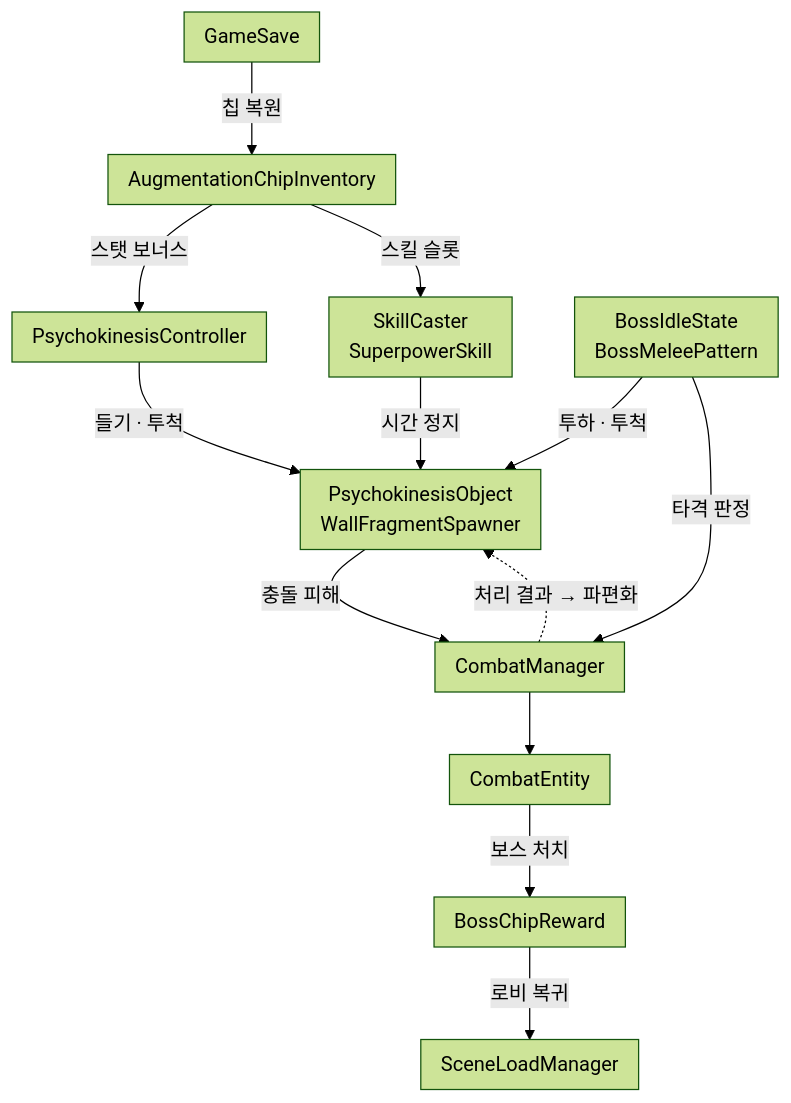
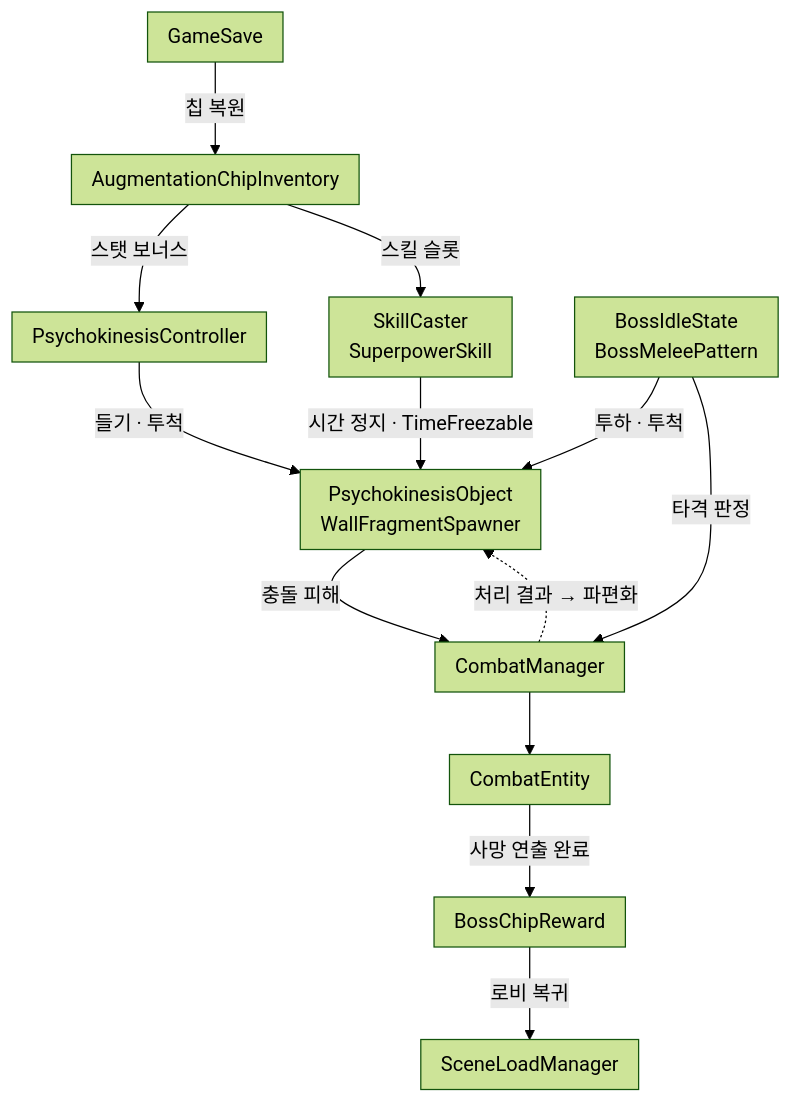
The second of 15 diagrams in src/1-ODDITY/TechDoc_ODDITY.md (keeeery/portfolio), drawn with Mermaid (forest theme) before and after one commit. The commit also changed other lines of this file and 12 other files, not shown here.

````diff
--- a/src/1-ODDITY/TechDoc_ODDITY.md
+++ b/src/1-ODDITY/TechDoc_ODDITY.md
@@ -133,19 +133,19 @@
 ```mermaid
 %%{init: {"flowchart": {"padding": 8}}}%%
 flowchart TB
     Save["GameSave"] -->|칩 복원| Chip["AugmentationChipInventory"]
     Chip -->|스탯 보너스| PC["PsychokinesisController"]
     Chip -->|스킬 슬롯| Skill["SkillCaster<br>SuperpowerSkill"]
     PC -->|들기 · 투척| Obj["PsychokinesisObject<br>WallFragmentSpawner"]
-    Skill -->|시간 정지| Obj
+    Skill -->|시간 정지 · TimeFreezable| Obj
     Boss["BossIdleState<br>BossMeleePattern"] -->|투하 · 투척| Obj
     Obj -->|충돌 피해| Combat["CombatManager"]
     Combat -.->|처리 결과 → 파편화| Obj
     Boss -->|타격 판정| Combat
     Combat --> Entity["CombatEntity"]
-    Entity -->|보스 처치| Reward["BossChipReward"]
+    Entity -->|사망 연출 완료| Reward["BossChipReward"]
     Reward -->|로비 복귀| Scene["SceneLoadManager"]
 %% 격자: - Chip Save | - PC - | Skill Obj Boss | - Combat - | - Entity - | - Reward Scene
 %% 화살표 Chip -> Skill: 나감=왼쪽 들어감=위
 %% 화살표 Boss -> Combat: 나감=아래 들어감=오른쪽
 ```
````
